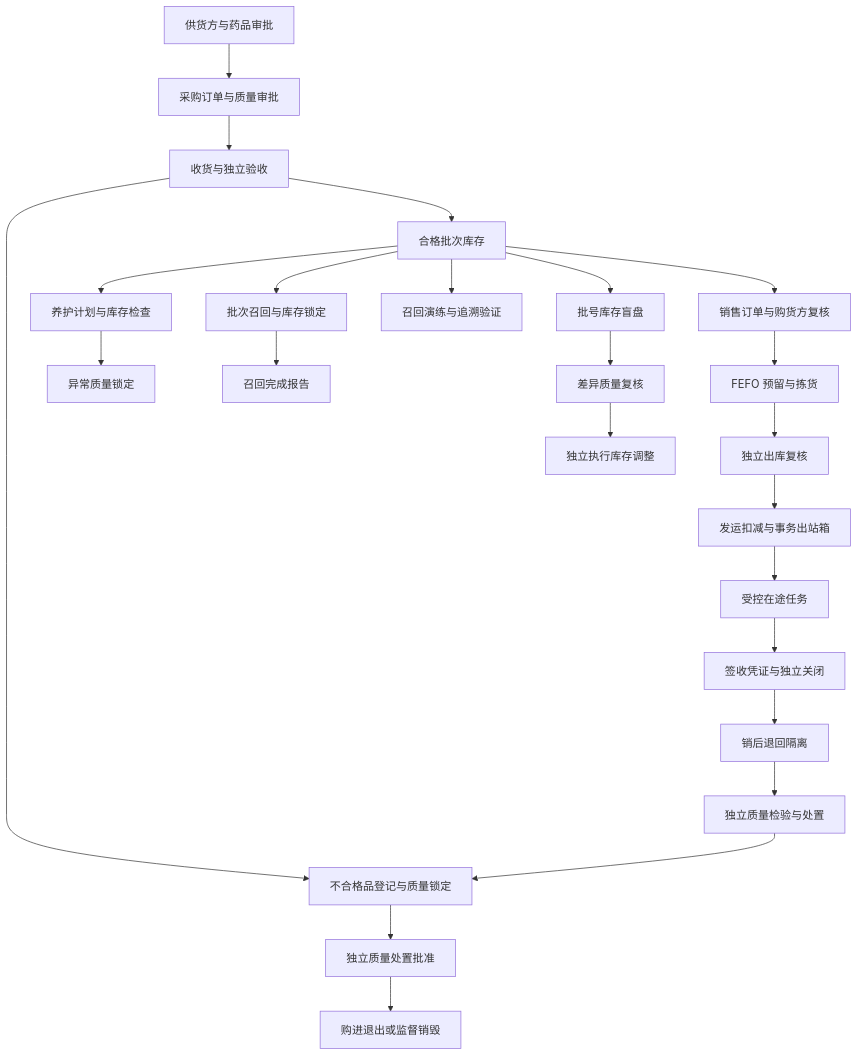
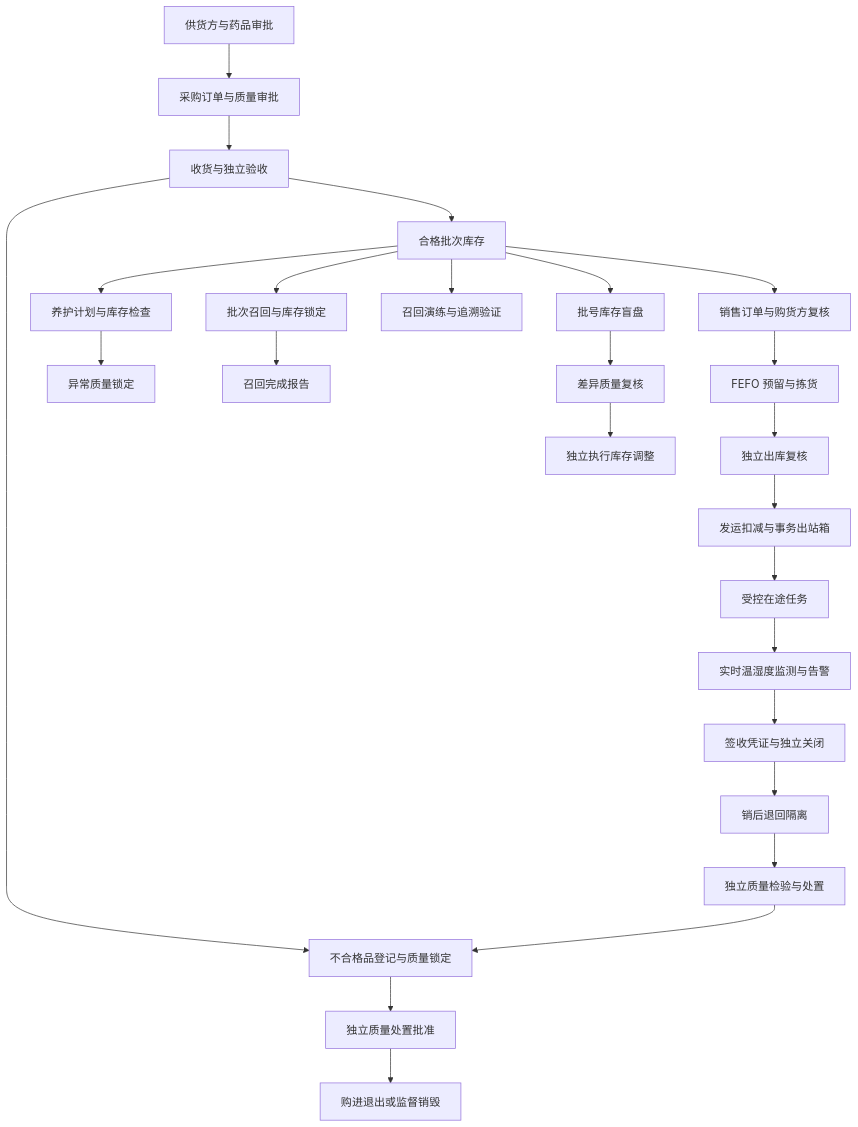
Before and after one commit to AllenMGu/WMS: the diagram in README.md, drawn with Mermaid. The commit also changed other lines of this file and 16 other files, not shown here.

````diff
--- a/README.md
+++ b/README.md
@@ -49,26 +50,27 @@
 ```mermaid
 flowchart TD
     A[供货方与药品审批] --> B[采购订单与质量审批]
     B --> C[收货与独立验收]
     C --> D[合格批次库存]
     D --> E[销售订单与购货方复核]
     E --> F[FEFO 预留与拣货]
     F --> G[独立出库复核]
     G --> H[发运扣减与事务出站箱]
     H --> V[受控在途任务]
-    V --> W[签收凭证与独立关闭]
+    V --> X[实时温湿度监测与告警]
+    X --> W[签收凭证与独立关闭]
     W --> I[销后退回隔离]
     I --> J[独立质量检验与处置]
     D --> K[批次召回与库存锁定]
     C --> L[不合格品登记与质量锁定]
     J --> L
     L --> M[独立质量处置批准]
     M --> N[购进退出或监督销毁]
     D --> O[养护计划与库存检查]
     O --> P[异常质量锁定]
     K --> Q[召回完成报告]
     D --> R[召回演练与追溯验证]
     D --> S[批号库存盲盘]
     S --> T[差异质量复核]
     T --> U[独立执行库存调整]
 ```
````
